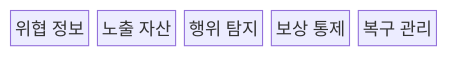
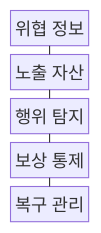
The first of 2 diagrams in src/content/docs/notes/05-security/042_zero_day_vulnerability.md (agnusdei1207/knowledge-base), drawn with Mermaid before and after one commit. The commit also changed other lines of this file and 151 other files, not shown here.

````diff
--- a/src/content/docs/notes/05-security/042_zero_day_vulnerability.md
+++ b/src/content/docs/notes/05-security/042_zero_day_vulnerability.md
@@ -55,9 +55,13 @@
 ```mermaid
 block-beta
-  columns 5
+  columns 1
   A["위협 정보"]
   B["노출 자산"]
   C["행위 탐지"]
   D["보상 통제"]
   E["복구 관리"]
+  A --- B
+  B --- C
+  C --- D
+  D --- E
 ```
````
